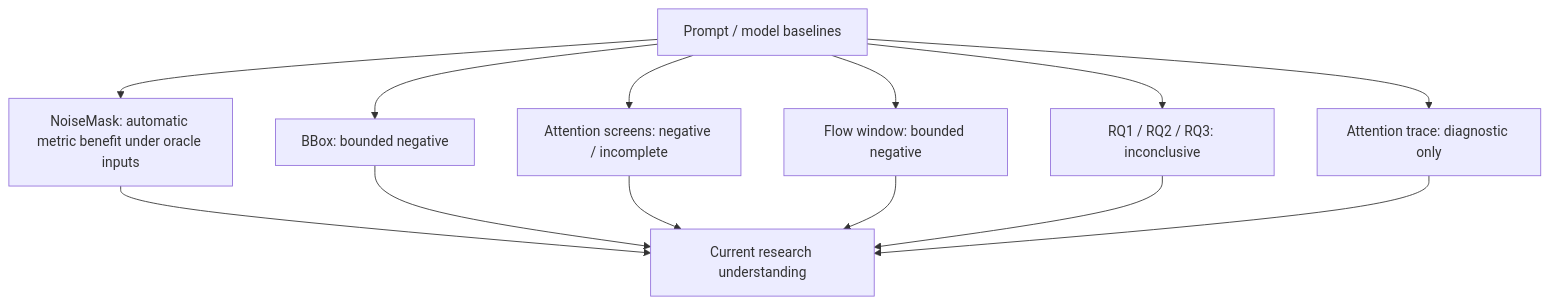
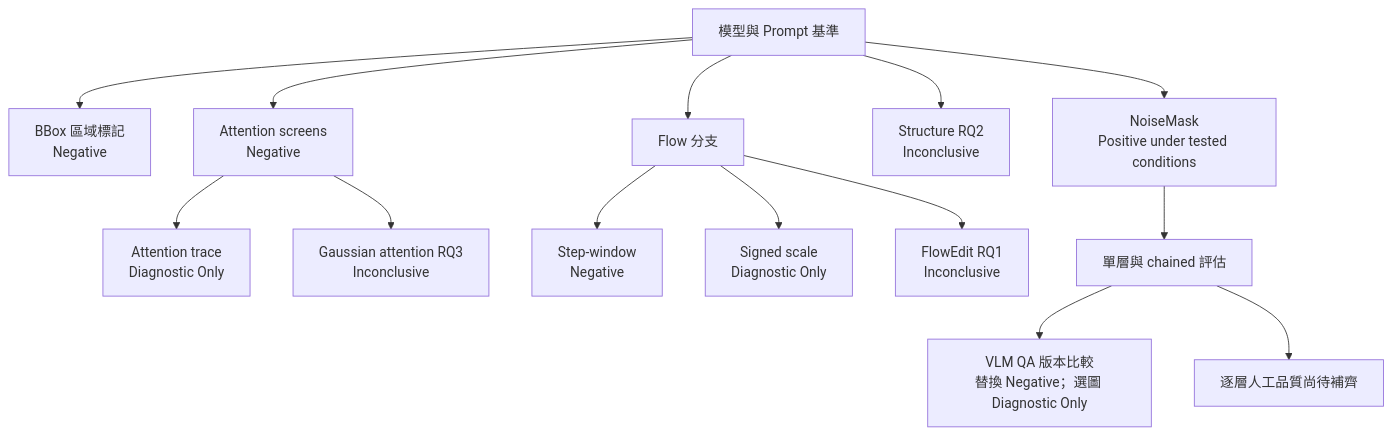
Before and after one commit to Ice8588/image-layer-restoration-research: the diagram in docs/experiments/00_research_timeline.md, drawn with Mermaid. The commit also changed other lines of this file and 21 other files, not shown here.

````diff
--- a/docs/experiments/00_research_timeline.md
+++ b/docs/experiments/00_research_timeline.md
@@ -14,15 +18,16 @@
 ```mermaid
 flowchart TD
- B[Prompt / model baselines] --> R[BBox: bounded negative]
- B --> N[NoiseMask: automatic metric benefit under oracle inputs]
- B --> A[Attention screens: negative / incomplete]
- B --> F[Flow window: bounded negative]
- B --> Q[RQ1 / RQ2 / RQ3: inconclusive]
- B --> D[Attention trace: diagnostic only]
- N --> E[Current research understanding]
- R --> E
- A --> E
- F --> E
- Q --> E
- D --> E
+ B["模型與 Prompt 基準"] --> R["BBox 區域標記<br/>Negative"]
+ B --> N["NoiseMask<br/>Positive under tested conditions"]
+ B --> A["Attention screens<br/>Negative"]
+ B --> S["Structure RQ2<br/>Inconclusive"]
+ B --> F["Flow 分支"]
+ A --> T["Attention trace<br/>Diagnostic Only"]
+ A --> R3["Gaussian attention RQ3<br/>Inconclusive"]
+ F --> W["Step-window<br/>Negative"]
+ F --> X["Signed scale<br/>Diagnostic Only"]
+ F --> R1["FlowEdit RQ1<br/>Inconclusive"]
+ N --> E["單層與 chained 評估"]
+ E --> Q["VLM QA 版本比較<br/>替換 Negative；選圖 Diagnostic Only"]
+ E --> H["逐層人工品質尚待補齊"]
 ```
````
